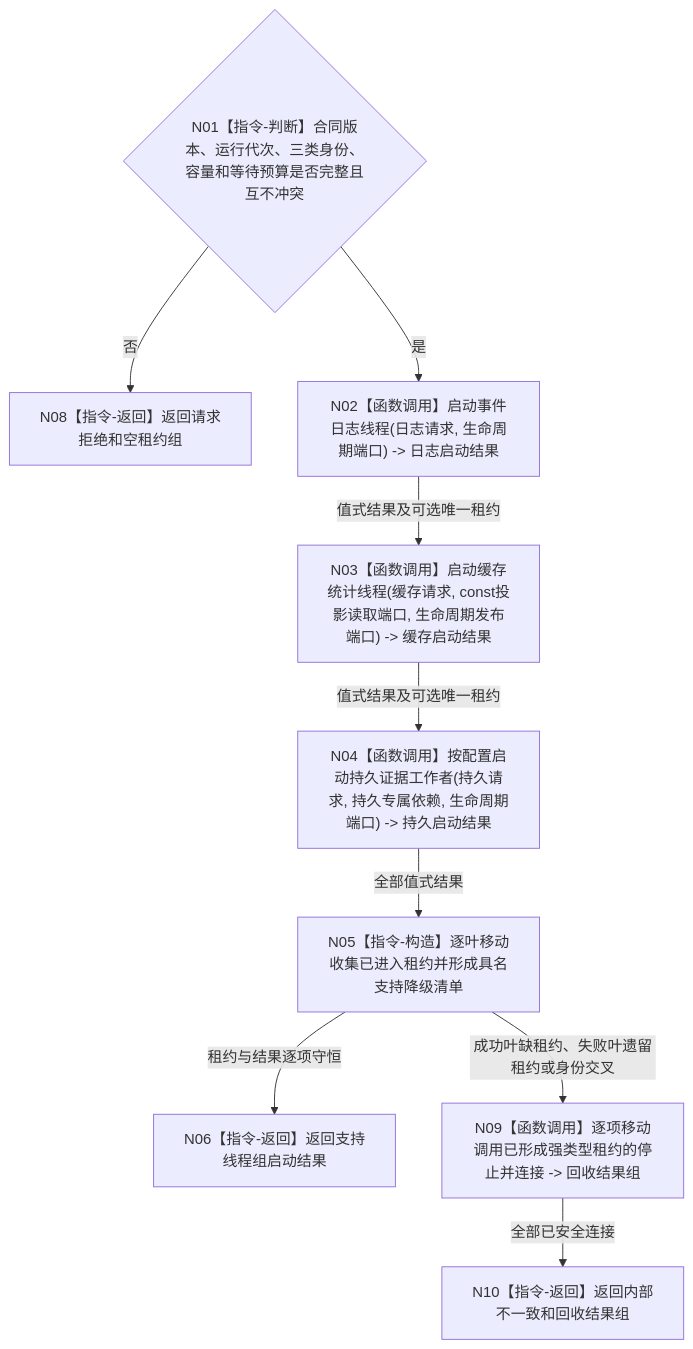
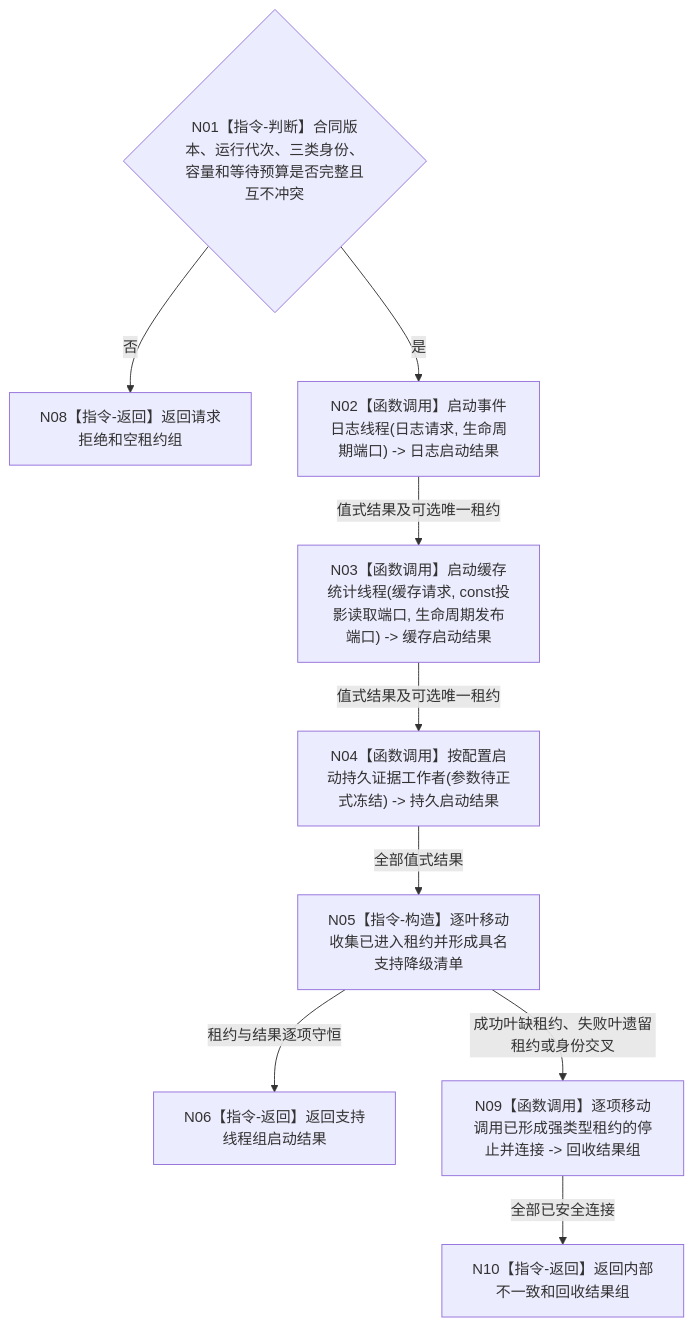
One commit to chunhaizh-cyber/HY-Ego changed the diagram in 流程图/目标业务流程图/L2/BIZ-L2-001-04_启动支持线程组_目标函数流程图_v0.1.md. Above: the diagram before and after it, drawn with Mermaid. The commit also changed other lines of this file and 7 other files, not shown here.

````diff
--- a/流程图/目标业务流程图/L2/BIZ-L2-001-04_启动支持线程组_目标函数流程图_v0.1.md
+++ b/流程图/目标业务流程图/L2/BIZ-L2-001-04_启动支持线程组_目标函数流程图_v0.1.md
@@ -30,11 +30,11 @@
 ```mermaid
 flowchart TD
     N01{"N01【指令-判断】合同版本、运行代次、三类身份、容量和等待预算是否完整且互不冲突"} -->|否| N08["N08【指令-返回】返回请求拒绝和空租约组"]
     N01 -->|是| N02["N02【函数调用】启动事件日志线程(日志请求, 生命周期端口) -> 日志启动结果"]
     N02 -->|值式结果及可选唯一租约| N03["N03【函数调用】启动缓存统计线程(缓存请求, const投影读取端口, 生命周期发布端口) -> 缓存启动结果"]
-    N03 -->|值式结果及可选唯一租约| N04["N04【函数调用】按配置启动持久证据工作者(持久请求, 持久专属依赖, 生命周期端口) -> 持久启动结果"]
+    N03 -->|值式结果及可选唯一租约| N04["N04【函数调用】按配置启动持久证据工作者(参数待正式冻结) -> 持久启动结果"]
     N04 -->|全部值式结果| N05["N05【指令-构造】逐叶移动收集已进入租约并形成具名支持降级清单"]
     N05 -->|租约与结果逐项守恒| N06["N06【指令-返回】返回支持线程组启动结果"]
     N05 -->|成功叶缺租约、失败叶遗留租约或身份交叉| N09["N09【函数调用】逐项移动调用已形成强类型租约的停止并连接 -> 回收结果组"]
     N09 -->|全部已安全连接| N10["N10【指令-返回】返回内部不一致和回收结果组"]
 ```
````
